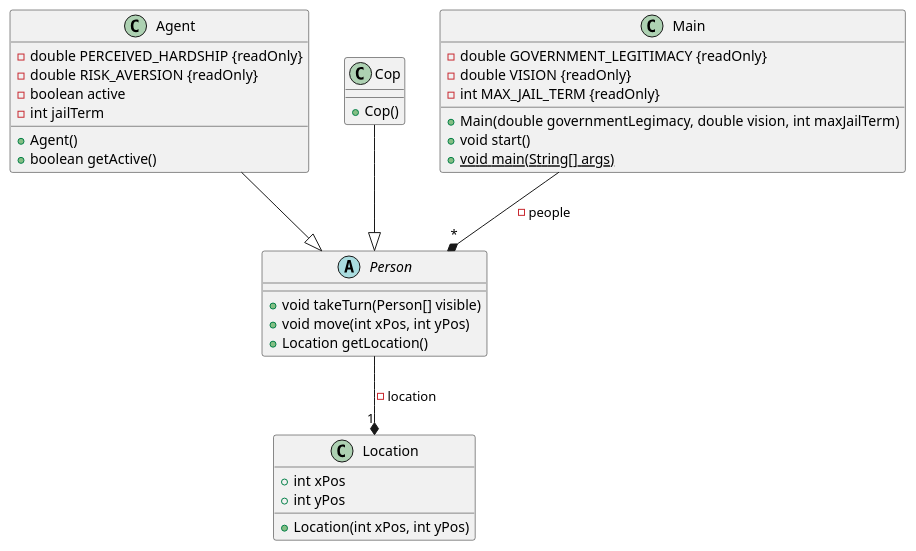
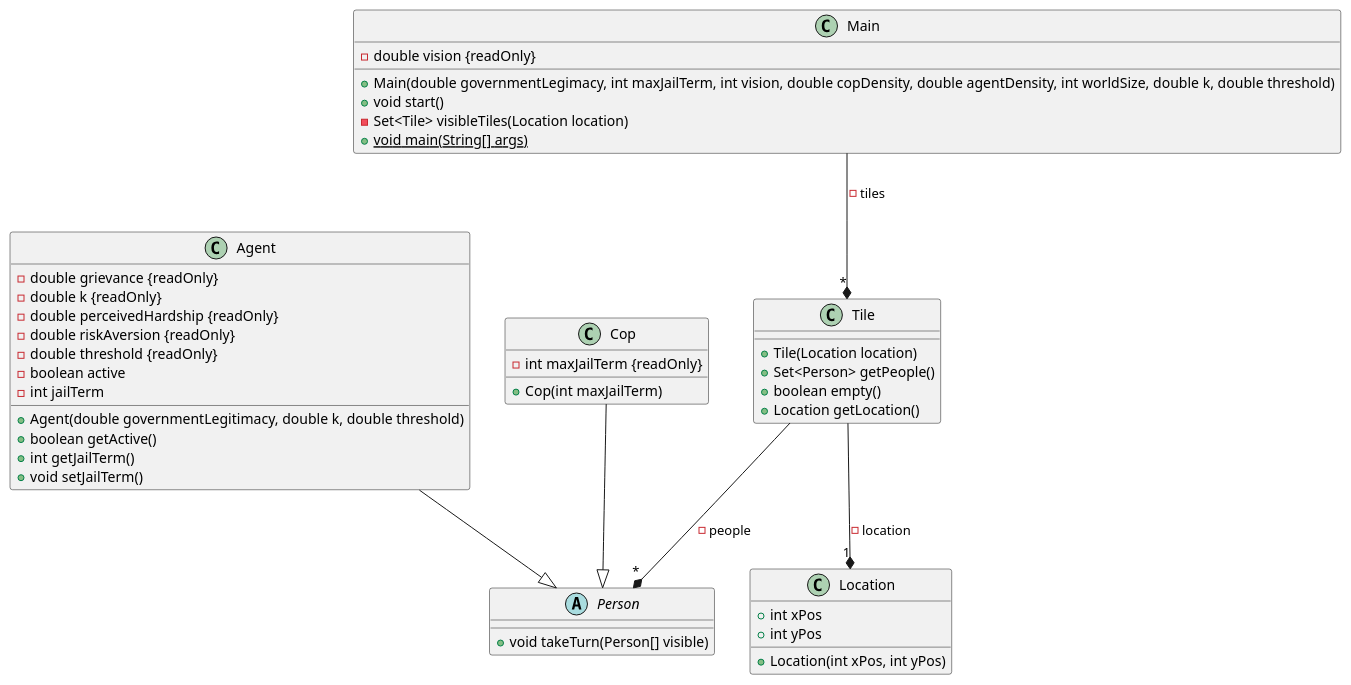
Before and after one commit to jofrancis1997/rebellion: the diagram in docs/classes.puml, drawn with PlantUML. The commit also changed 1 other file, not shown here.

Commit message:
chore: update class diagram

```diff
--- a/docs/classes.puml
+++ b/docs/classes.puml
@@ -1,42 +1,54 @@
 @startuml Rebellion
 
-abstract class Person {
-    + void takeTurn(Person[] visible)
-    + void move(int xPos, int yPos)
-    + Location getLocation()
-}
-
 class Agent {
-    - double PERCEIVED_HARDSHIP {readOnly}
-    - double RISK_AVERSION {readOnly}
+    - double grievance {readOnly}
+    - double k {readOnly}
+    - double perceivedHardship {readOnly}
+    - double riskAversion {readOnly}
+    - double threshold {readOnly}
     - boolean active
     - int jailTerm
-    + Agent()
+    + Agent(double governmentLegitimacy, double k, double threshold)
     + boolean getActive()
+    + int getJailTerm()
+    + void setJailTerm()
 }
 
 class Cop {
-    + Cop()
+    - int maxJailTerm {readOnly}
+    + Cop(int maxJailTerm)
 }
 
 class Location {
     + int xPos
     + int yPos
     + Location(int xPos, int yPos)
 }
 
 class Main {
-    - double GOVERNMENT_LEGITIMACY {readOnly}
-    - double VISION {readOnly}
-    - int MAX_JAIL_TERM {readOnly}
-    + Main(double governmentLegimacy, double vision, int maxJailTerm)
+    - double vision {readOnly}
+    + Main(double governmentLegimacy, int maxJailTerm, int vision, double copDensity, double agentDensity, int worldSize, double k, double threshold)
     + void start()
+    - Set<Tile> visibleTiles(Location location)
     + void main(String[] args) {static}
 }
 
-Main --* "*" Person : - people
+abstract class Person {
+    + void takeTurn(Person[] visible)
+}
+
+class Tile {
+    + Tile(Location location)
+    + Set<Person> getPeople()
+    + boolean empty()
+    + Location getLocation()
+}
+
+
+Main --* "*" Tile : - tiles
 Agent --|> Person
 Cop --|> Person
-Person --* "1" Location : - location
+Tile --* "*" Person : - people
+Tile --* "1" Location : - location
 
 @enduml
```
